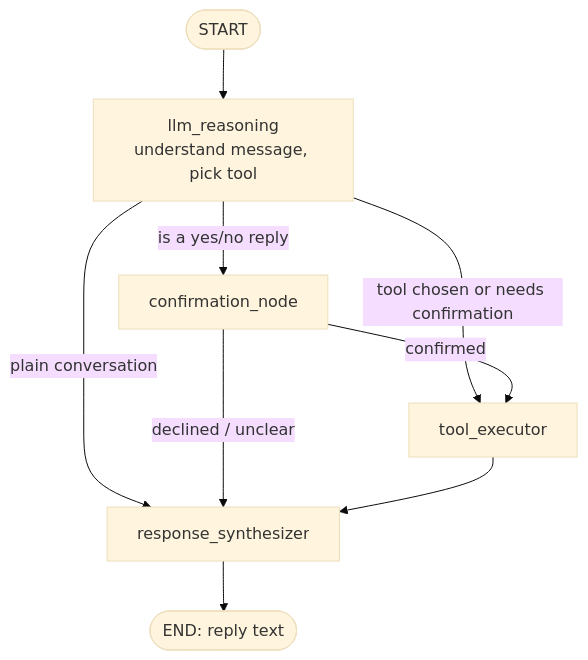
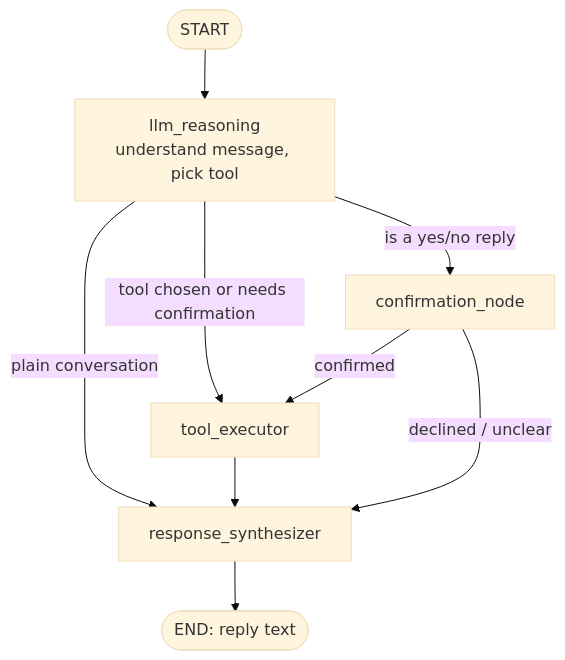
Before and after one commit to FissionLife/WalletLedger: the third of 12 diagrams in docs/ARCHITECTURE.md, drawn with Mermaid (base theme). The commit also changed other lines of this file, not shown here.

Commit message:
docs: add comprehensive system architecture documentation with mermaid diagrams

````diff
--- a/docs/ARCHITECTURE.md
+++ b/docs/ARCHITECTURE.md
@@ -89,11 +89,11 @@
 ```mermaid
 flowchart TD
     S([START]) --> R[llm_reasoning<br/>understand message, pick tool]
     R -->|is a yes/no reply| C[confirmation_node]
     R -->|tool chosen or needs confirmation| T[tool_executor]
     R -->|plain conversation| Y[response_synthesizer]
     C -->|confirmed| T
+    T --> Y
     C -->|declined / unclear| Y
-    T --> Y
     Y --> E([END: reply text])
 ```
````
